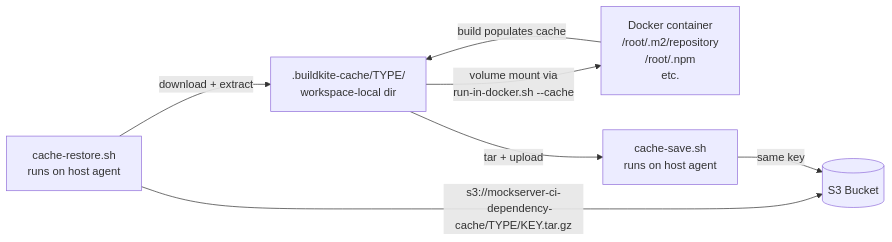
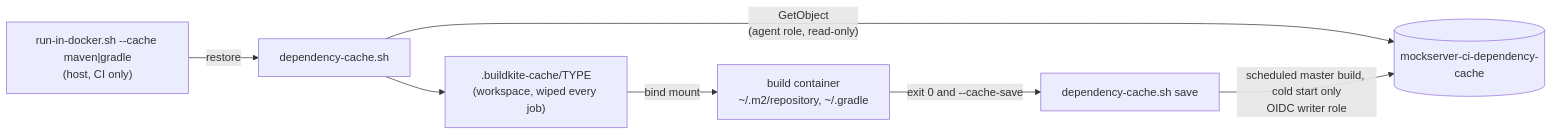
Before and after one commit to mock-server/mockserver-monorepo: diagram 14 of 16 in docs/infrastructure/ci-cd.md, drawn with Mermaid. The commit also changed other lines of this file and 24 other files, not shown here.

````diff
--- a/docs/infrastructure/ci-cd.md
+++ b/docs/infrastructure/ci-cd.md
@@ -1677,17 +1683,9 @@
 ```mermaid
 flowchart LR
-    RESTORE["cache-restore.sh
-    runs on host agent"] -->|download + extract| LOCAL[".buildkite-cache/TYPE/
-    workspace-local dir"]
-    LOCAL -->|volume mount via
-    run-in-docker.sh --cache| CONTAINER["Docker container
-    /root/.m2/repository
-    /root/.npm
-    etc."]
-    CONTAINER -->|build populates cache| LOCAL
-    LOCAL -->|tar + upload| SAVE["cache-save.sh
-    runs on host agent"]
-    RESTORE -->|"s3://mockserver-ci-
-    dependency-cache/TYPE/KEY.tar.gz"| S3[(S3 Bucket)]
-    SAVE -->|same key| S3
+    RID["run-in-docker.sh --cache maven|gradle\n(host, CI only)"] -->|restore| DC["dependency-cache.sh"]
+    DC -->|"GetObject\n(agent role, read-only)"| S3[("mockserver-ci-dependency-cache")]
+    DC --> DIR[".buildkite-cache/TYPE\n(workspace, wiped every job)"]
+    DIR -->|bind mount| C["build container\n~/.m2/repository, ~/.gradle"]
+    C -->|"exit 0 and --cache-save"| SAVE["dependency-cache.sh save"]
+    SAVE -->|"scheduled master build, cold start only\nOIDC writer role"| S3
 ```
````
